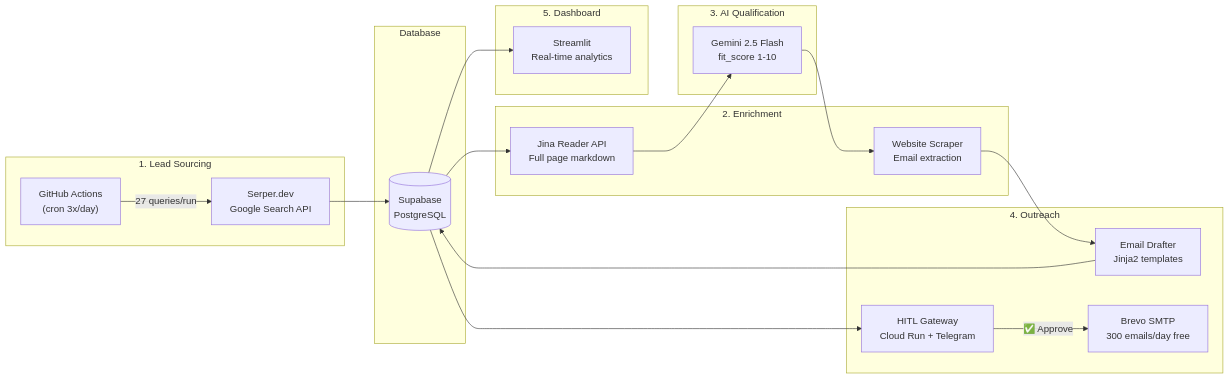
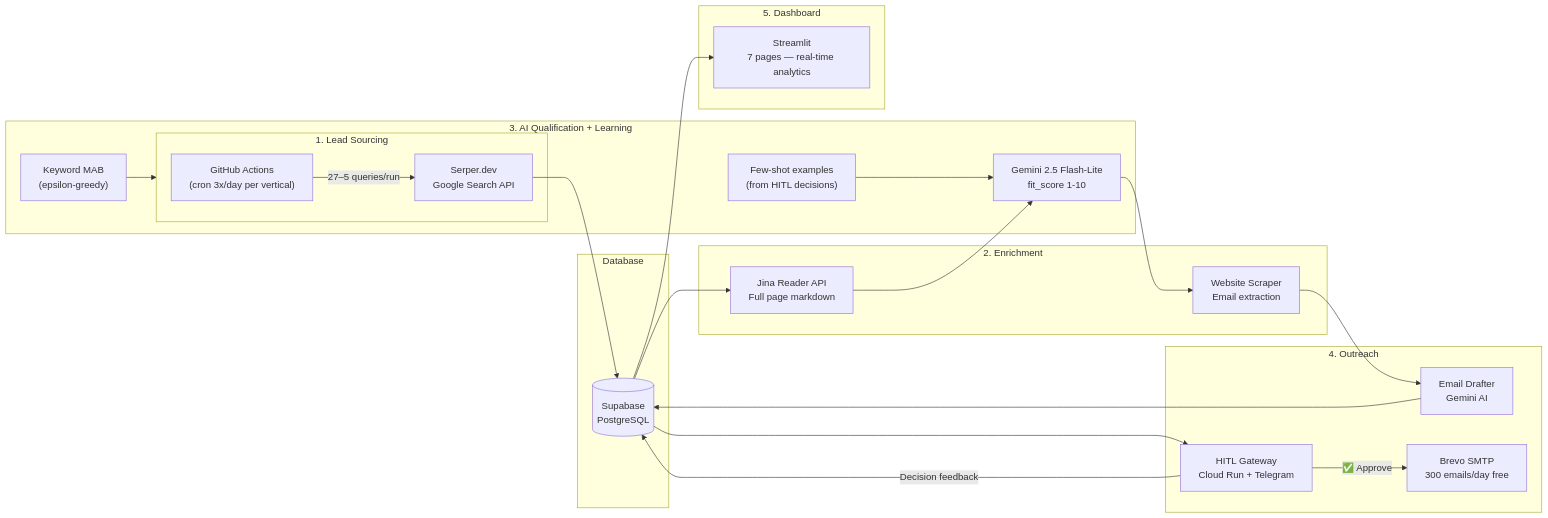
One commit to sebasram2005/prospeccion_agente changed the first of 3 diagrams in README.md. Above: the diagram before and after it, drawn with Mermaid. The commit also changed other lines of this file, not shown here.

First line of the commit message:
Update README: document all 4 verticals, MAB, few-shot, full project structure

````diff
--- a/README.md
+++ b/README.md
@@ -17,41 +28,46 @@
 ```mermaid
 flowchart LR
     subgraph SOURCING["1. Lead Sourcing"]
-        GHA["GitHub Actions\n(cron 3x/day)"]
+        GHA["GitHub Actions\n(cron 3x/day per vertical)"]
         SERPER["Serper.dev\nGoogle Search API"]
-        GHA -->|27 queries/run| SERPER
+        GHA -->|"27–5 queries/run"| SERPER
     end
 
     subgraph ENRICHMENT["2. Enrichment"]
         JINA["Jina Reader API\nFull page markdown"]
         SCRAPE["Website Scraper\nEmail extraction"]
     end
 
-    subgraph QUALIFICATION["3. AI Qualification"]
-        GEMINI["Gemini 2.5 Flash\nfit_score 1-10"]
+    subgraph QUALIFICATION["3. AI Qualification + Learning"]
+        GEMINI["Gemini 2.5 Flash-Lite\nfit_score 1-10"]
+        FEWSHOT["Few-shot examples\n(from HITL decisions)"]
+        MAB["Keyword MAB\n(epsilon-greedy)"]
+        FEWSHOT --> GEMINI
+        MAB --> SOURCING
     end
 
     subgraph OUTREACH["4. Outreach"]
-        DRAFT["Email Drafter\nJinja2 templates"]
+        DRAFT["Email Drafter\nGemini AI"]
         HITL["HITL Gateway\nCloud Run + Telegram"]
         BREVO["Brevo SMTP\n300 emails/day free"]
     end
 
     subgraph STORAGE["Database"]
         SUPA[("Supabase\nPostgreSQL")]
     end
 
     subgraph DASHBOARD["5. Dashboard"]
-        ST["Streamlit\nReal-time analytics"]
+        ST["Streamlit\n7 pages — real-time analytics"]
     end
 
     SERPER --> SUPA
     SUPA --> JINA
     JINA --> GEMINI
     GEMINI --> SCRAPE
     SCRAPE --> DRAFT
     DRAFT --> SUPA
     SUPA --> HITL
     HITL -->|"✅ Approve"| BREVO
     SUPA --> ST
+    HITL -->|"Decision feedback"| SUPA
 ```
````
